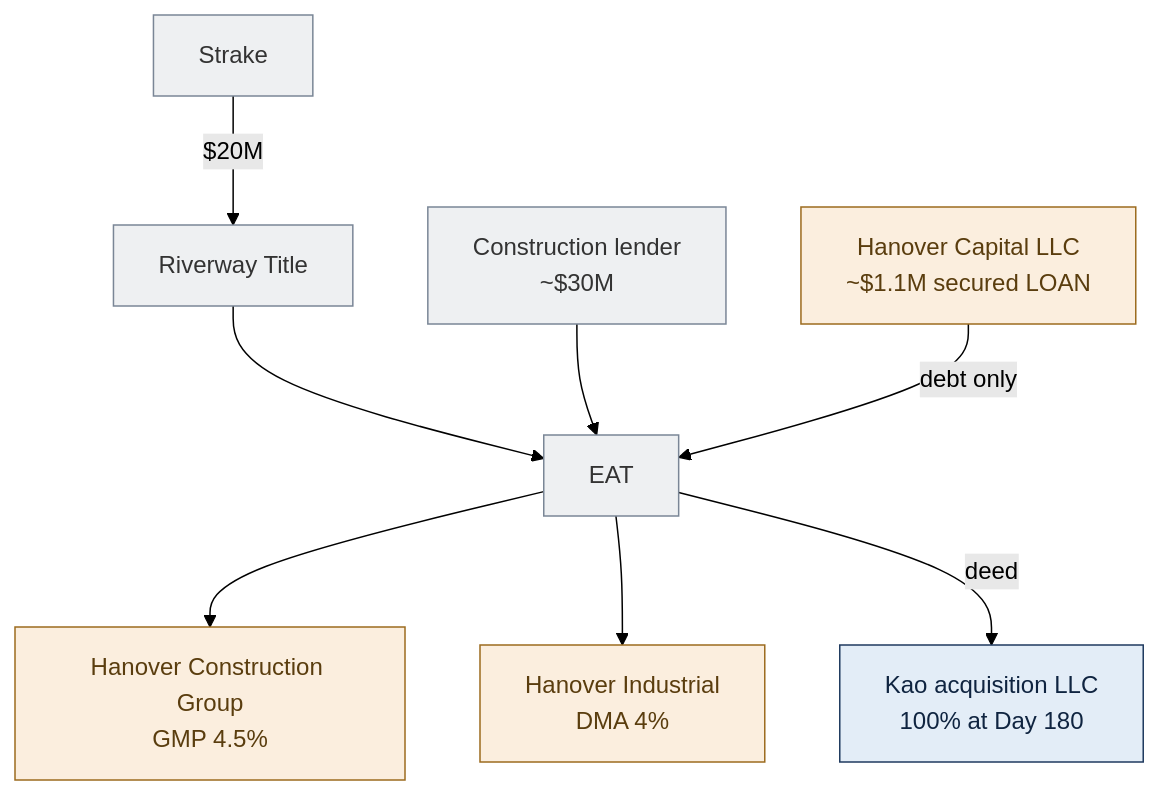
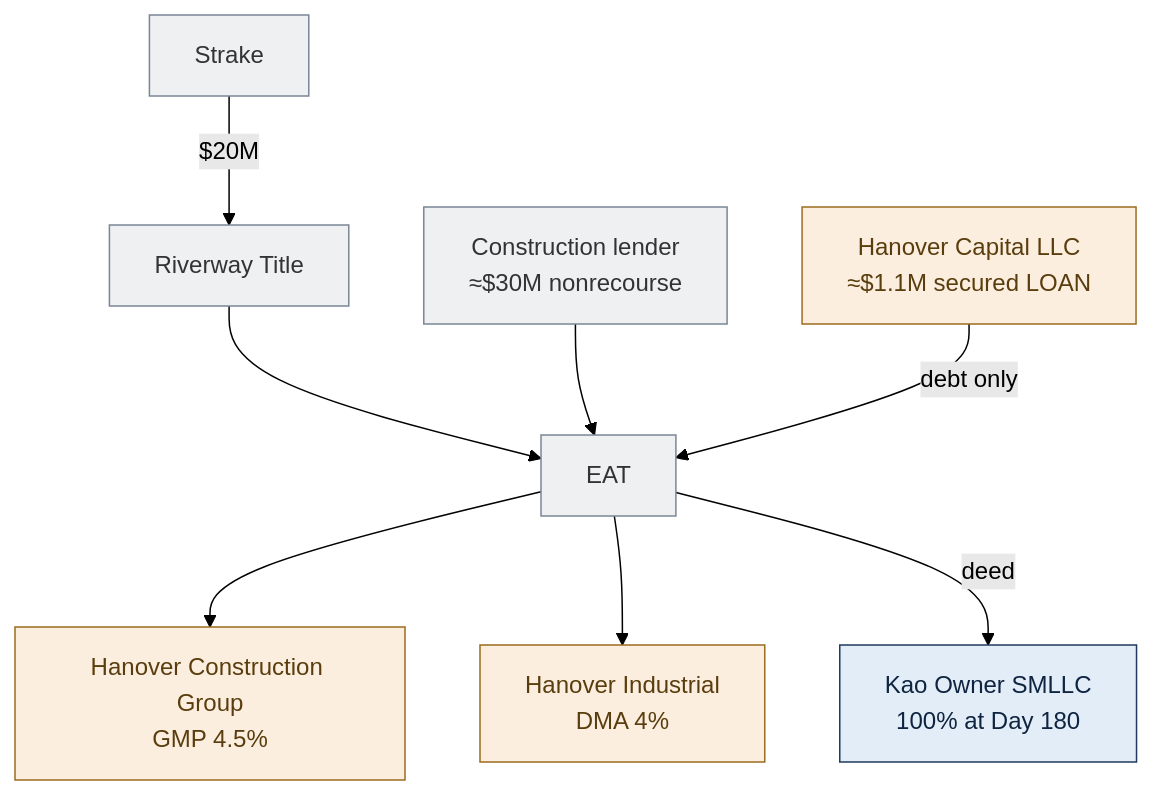
Before and after one commit to EthanCow/North-Forsyth-1031-Diagrams: the third of 10 diagrams in North_Forsyth_1031_Diagrams.md, drawn with Mermaid (forest theme). The commit also changed other lines of this file and 7 other files, not shown here.

````diff
--- a/North_Forsyth_1031_Diagrams.md
+++ b/North_Forsyth_1031_Diagrams.md
@@ -147,20 +222,20 @@
 ```mermaid
 flowchart TB
   SK["Strake"]:::neutral
   QI["Riverway Title"]:::neutral
   EAT["EAT"]:::neutral
-  LN["Construction lender\n~$30M"]:::neutral
-  HLOAN["Hanover Capital LLC\n~$1.1M secured LOAN"]:::han
+  LN["Construction lender\n≈$30M nonrecourse"]:::neutral
+  HLOAN["Hanover Capital LLC\n≈$1.1M secured LOAN"]:::han
   GC["Hanover Construction Group\nGMP 4.5%"]:::han
   DEV["Hanover Industrial\nDMA 4%"]:::han
-  KLLC["Kao acquisition LLC\n100% at Day 180"]:::kao
+  KLLC["Kao Owner SMLLC\n100% at Day 180"]:::kao
   SK -->|"$20M"| QI --> EAT
   LN --> EAT
   HLOAN -->|"debt only"| EAT
   EAT --> GC
   EAT --> DEV
   EAT -->|"deed"| KLLC
   classDef kao fill:#e3edf7,stroke:#1f3a5f,color:#0f2440;
   classDef han fill:#fbeede,stroke:#9c6b1e,color:#5a3d0e;
   classDef neutral fill:#eef0f2,stroke:#7a8696,color:#333;
 ```
````
